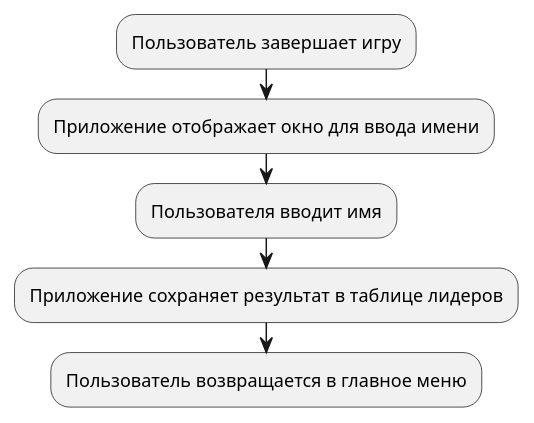
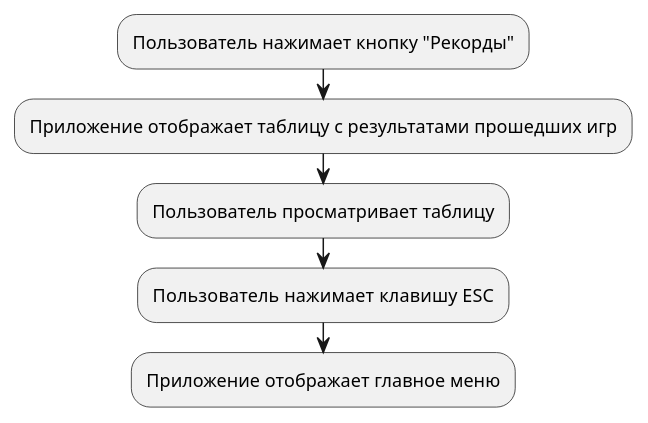
One commit to DoNik226/software_development changed the diagram in docs/6.iuml. Above: the diagram before and after it, drawn with PlantUML.

```diff
--- a/docs/6.iuml
+++ b/docs/6.iuml
@@ -1,7 +1,7 @@
 @startuml
-:Пользователь завершает игру;
-:Приложение отображает окно для ввода имени;
-:Пользователя вводит имя;
-:Приложение сохраняет результат в таблице лидеров;
-:Пользователь возвращается в главное меню;
+:Пользователь нажимает кнопку "Рекорды";
+:Приложение отображает таблицу с результатами прошедших игр;
+:Пользователь просматривает таблицу;
+:Пользователь нажимает клавишу  ESC;
+:Приложение отображает главное меню;
 @enduml
```
